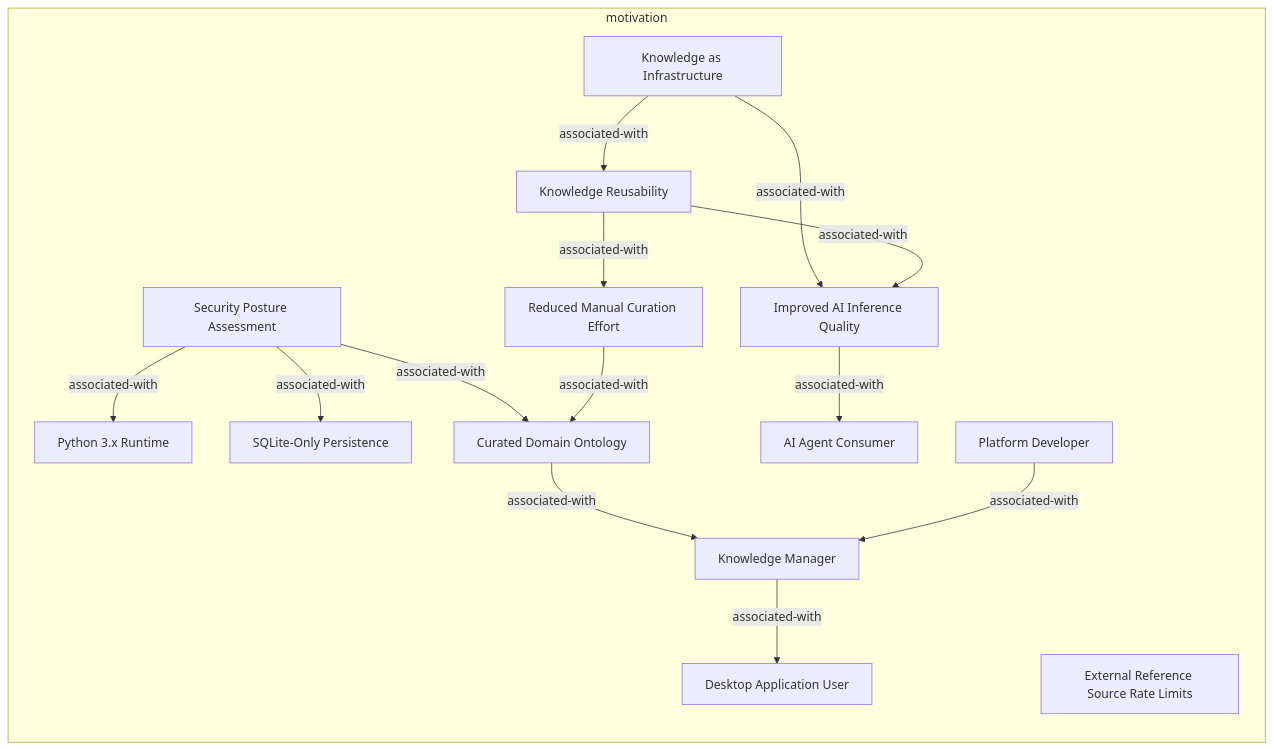
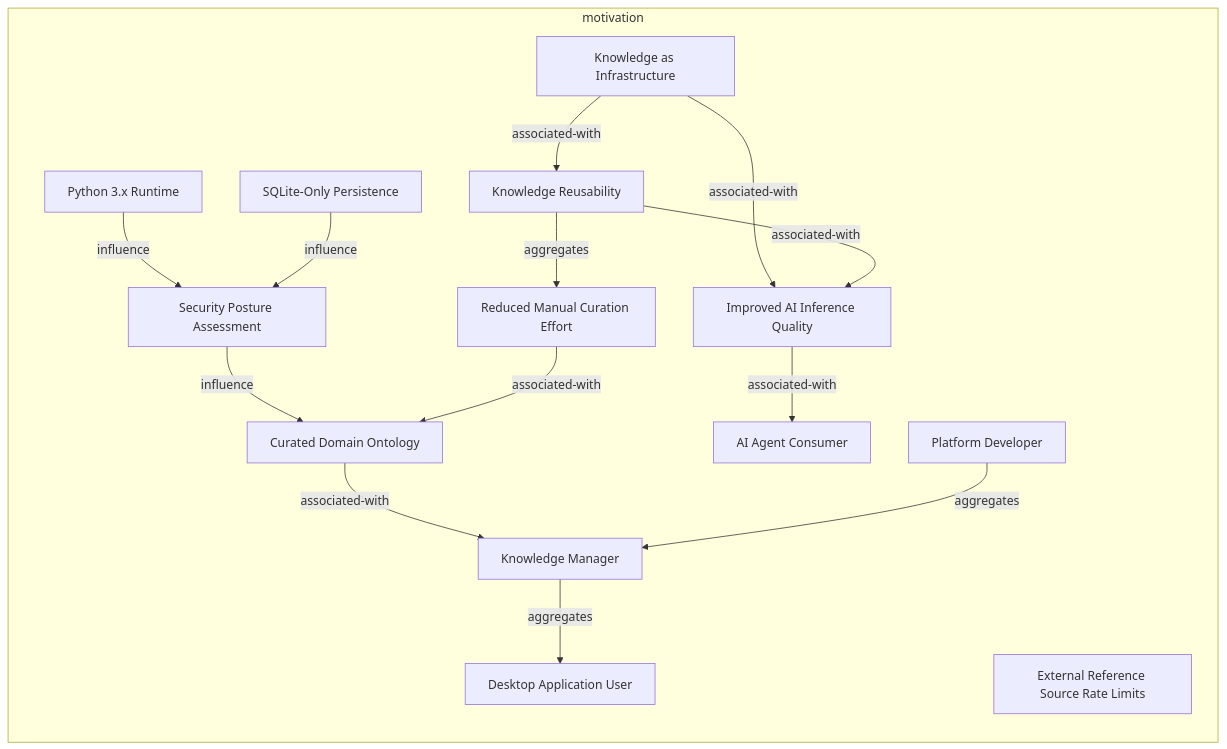
One commit to tinkermonkey/context-studio changed the first of 2 diagrams in documentation-robotics/reports/01-motivation-layer-report.md. Above: the diagram before and after it, drawn with Mermaid. The commit also changed other lines of this file and 21 other files, not shown here.

````diff
--- a/documentation-robotics/reports/01-motivation-layer-report.md
+++ b/documentation-robotics/reports/01-motivation-layer-report.md
@@ -29,30 +31,30 @@
 ```mermaid
 flowchart LR
   subgraph motivation
     motivation_assessment_security_posture_assessment["Security Posture Assessment"]
     motivation_constraint_external_reference_source_rate_limits["External Reference Source Rate Limits"]
     motivation_constraint_python_3x_runtime["Python 3.x Runtime"]
     motivation_constraint_sqlite_only_persistence["SQLite-Only Persistence"]
     motivation_meaning_knowledge_as_infrastructure["Knowledge as Infrastructure"]
     motivation_outcome_curated_domain_ontology["Curated Domain Ontology"]
     motivation_outcome_improved_ai_inference_quality["Improved AI Inference Quality"]
     motivation_stakeholder_ai_agent_consumer["AI Agent Consumer"]
     motivation_stakeholder_desktop_application_user["Desktop Application User"]
     motivation_stakeholder_knowledge_manager["Knowledge Manager"]
     motivation_stakeholder_platform_developer["Platform Developer"]
     motivation_value_knowledge_reusability["Knowledge Reusability"]
     motivation_value_reduced_manual_curation_effort["Reduced Manual Curation Effort"]
-    motivation_assessment_security_posture_assessment -->|associated-with| motivation_constraint_python_3x_runtime
-    motivation_assessment_security_posture_assessment -->|associated-with| motivation_constraint_sqlite_only_persistence
-    motivation_assessment_security_posture_assessment -->|associated-with| motivation_outcome_curated_domain_ontology
+    motivation_assessment_security_posture_assessment -->|influence| motivation_outcome_curated_domain_ontology
+    motivation_constraint_python_3x_runtime -->|influence| motivation_assessment_security_posture_assessment
+    motivation_constraint_sqlite_only_persistence -->|influence| motivation_assessment_security_posture_assessment
     motivation_meaning_knowledge_as_infrastructure -->|associated-with| motivation_outcome_improved_ai_inference_quality
     motivation_meaning_knowledge_as_infrastructure -->|associated-with| motivation_value_knowledge_reusability
     motivation_outcome_curated_domain_ontology -->|associated-with| motivation_stakeholder_knowledge_manager
     motivation_outcome_improved_ai_inference_quality -->|associated-with| motivation_stakeholder_ai_agent_consumer
-    motivation_stakeholder_knowledge_manager -->|associated-with| motivation_stakeholder_desktop_application_user
-    motivation_stakeholder_platform_developer -->|associated-with| motivation_stakeholder_knowledge_manager
+    motivation_stakeholder_knowledge_manager -->|aggregates| motivation_stakeholder_desktop_application_user
+    motivation_stakeholder_platform_developer -->|aggregates| motivation_stakeholder_knowledge_manager
+    motivation_value_knowledge_reusability -->|aggregates| motivation_value_reduced_manual_curation_effort
     motivation_value_knowledge_reusability -->|associated-with| motivation_outcome_improved_ai_inference_quality
-    motivation_value_knowledge_reusability -->|associated-with| motivation_value_reduced_manual_curation_effort
     motivation_value_reduced_manual_curation_effort -->|associated-with| motivation_outcome_curated_domain_ontology
   end
 ```
````
